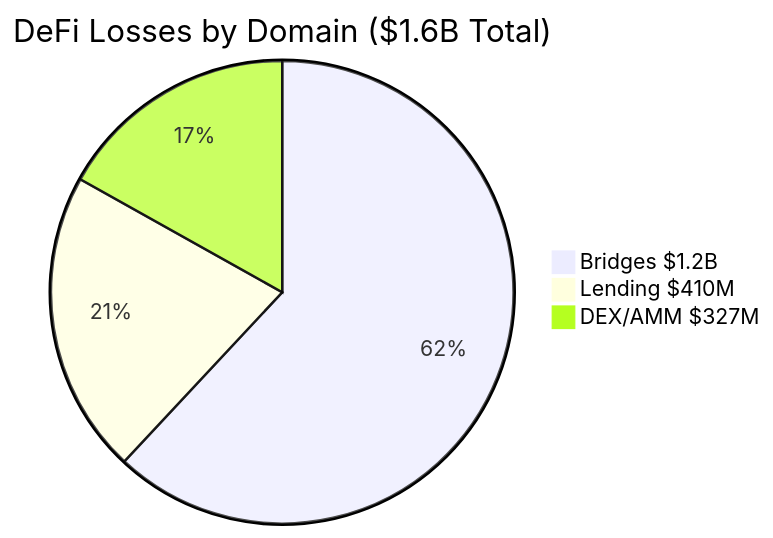
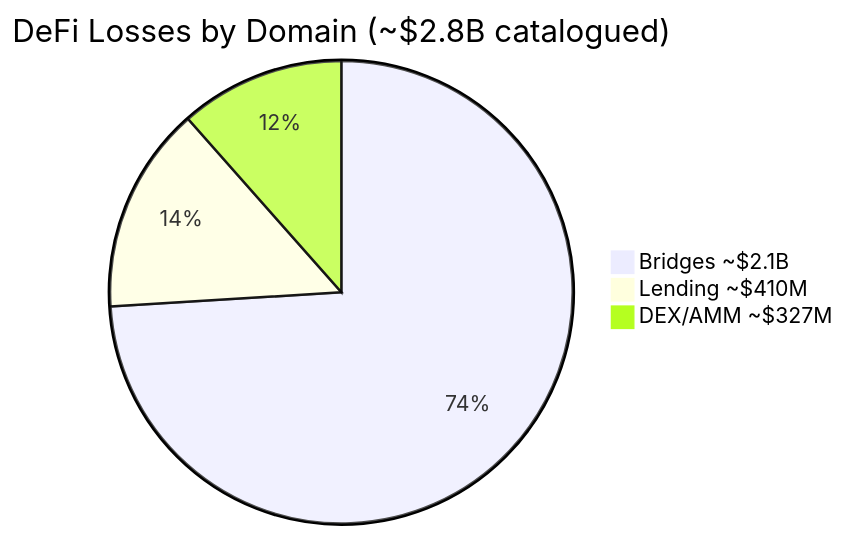
One commit to 0xSoftBoi/anthropic-fellowship changed the first of 5 diagrams in ai-security/docs/RESEARCH.md. Above: the diagram before and after it, drawn with Mermaid. The commit also changed other lines of this file and 12 other files, not shown here.

````diff
--- a/ai-security/docs/RESEARCH.md
+++ b/ai-security/docs/RESEARCH.md
@@ -32,6 +49,6 @@
 ```mermaid
-pie title DeFi Losses by Domain ($1.6B Total)
-    "Bridges $1.2B" : 1200
-    "Lending $410M" : 410
-    "DEX/AMM $327M" : 327
+pie title DeFi Losses by Domain (~$2.8B catalogued)
+    "Bridges ~$2.1B" : 2100
+    "Lending ~$410M" : 410
+    "DEX/AMM ~$327M" : 327
 ```
````
